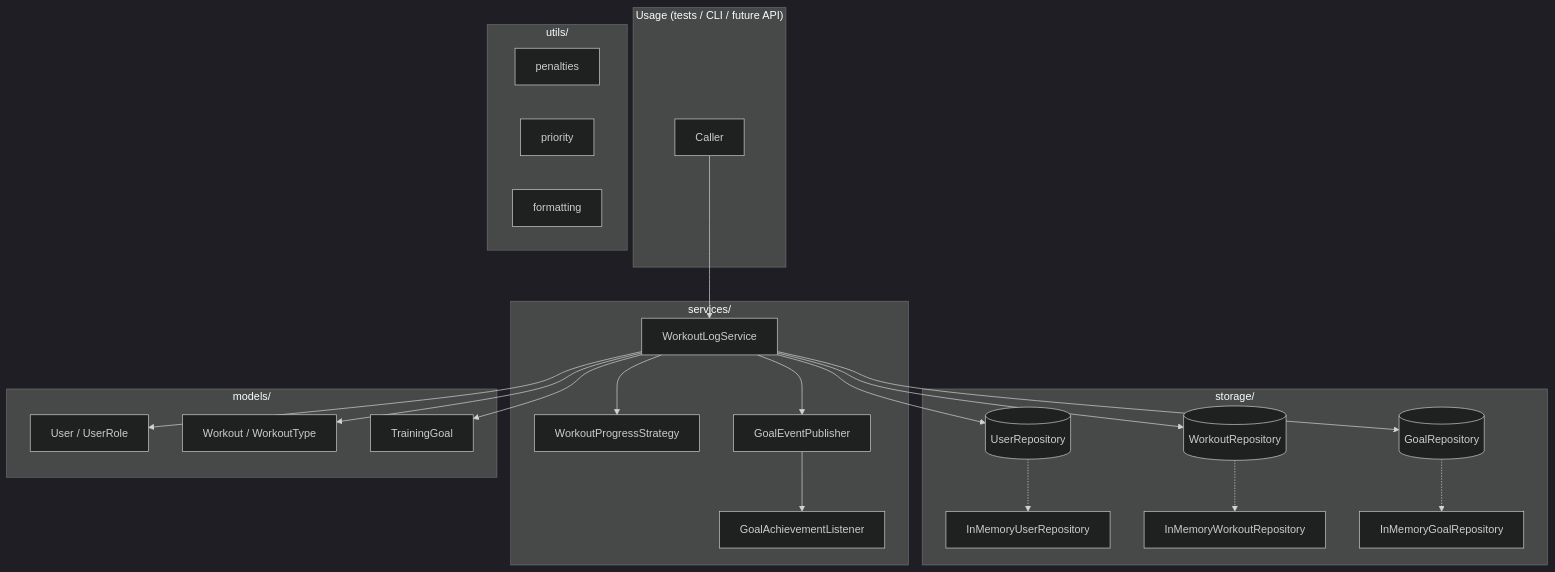
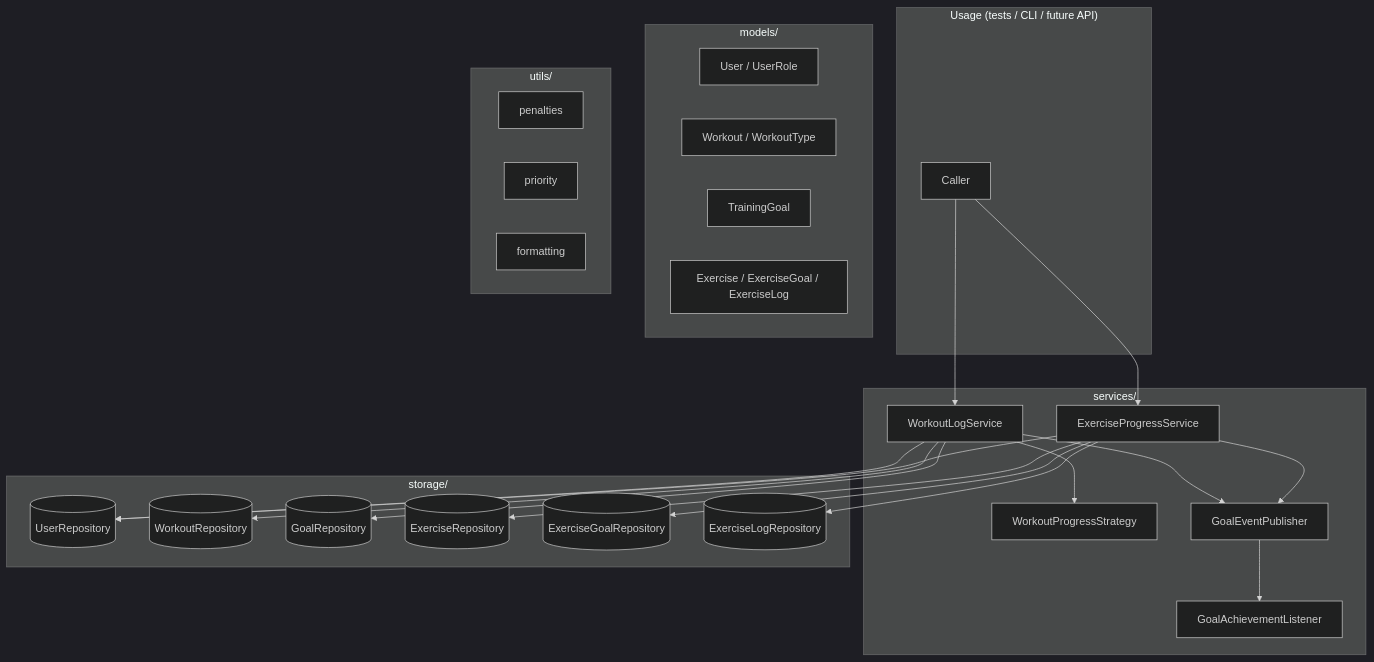
The diagram in README.md (feardelans/refactoring_proj), drawn with Mermaid (dark theme) before and after one commit. The commit also changed other lines of this file and 7 other files, not shown here.

````diff
--- a/README.md
+++ b/README.md
@@ -23,44 +24,41 @@
 ```mermaid
 flowchart TB
   subgraph presentation["Usage (tests / CLI / future API)"]
     U[Caller]
   end
 
   subgraph services["services/"]
     WLS[WorkoutLogService]
+    EPS[ExerciseProgressService]
     STR[WorkoutProgressStrategy]
     PUB[GoalEventPublisher]
     LST[GoalAchievementListener]
   end
 
   subgraph storage["storage/"]
     UR[(UserRepository)]
     WR[(WorkoutRepository)]
     GR[(GoalRepository)]
-    IMU[InMemoryUserRepository]
-    IMW[InMemoryWorkoutRepository]
-    IMG[InMemoryGoalRepository]
+    ER[(ExerciseRepository)]
+    EGR[(ExerciseGoalRepository)]
+    ELR[(ExerciseLogRepository)]
   end
 
   subgraph models["models/"]
     M1[User / UserRole]
     M2[Workout / WorkoutType]
     M3[TrainingGoal]
+    M4[Exercise / ExerciseGoal / ExerciseLog]
   end
 
   subgraph utils["utils/"]
     PEN[penalties]
     PRI[priority]
     FMT[formatting]
   end
 
-  U --> WLS
-  WLS --> UR & WR & GR
-  WLS --> STR
-  WLS --> PUB
+  U --> WLS & EPS
+  WLS --> UR & WR & GR & STR & PUB
+  EPS --> UR & ER & EGR & ELR & PUB
   PUB --> LST
-  UR -.-> IMU
-  WR -.-> IMW
-  GR -.-> IMG
-  WLS --> M1 & M2 & M3
 ```
````
